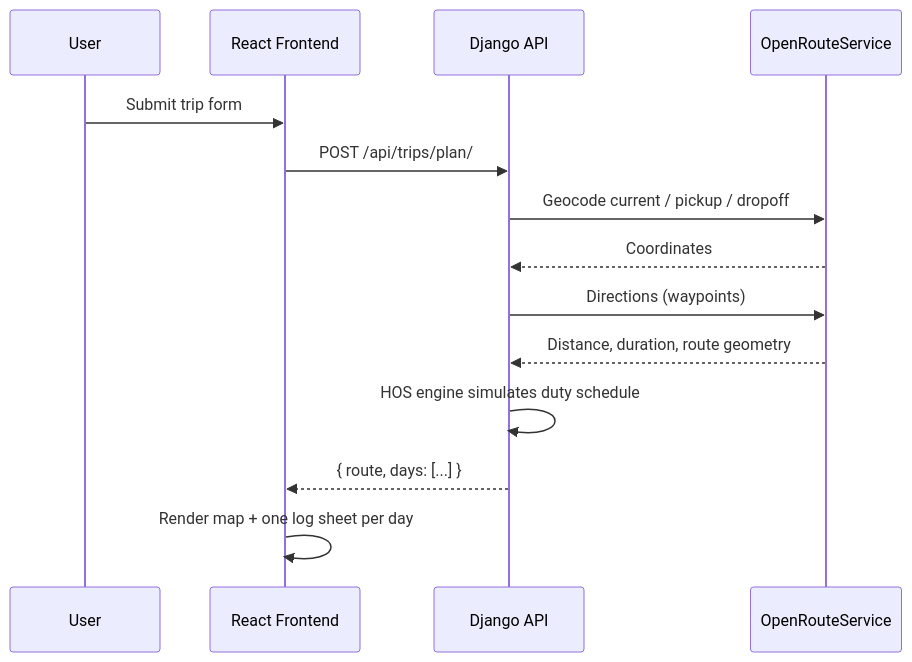
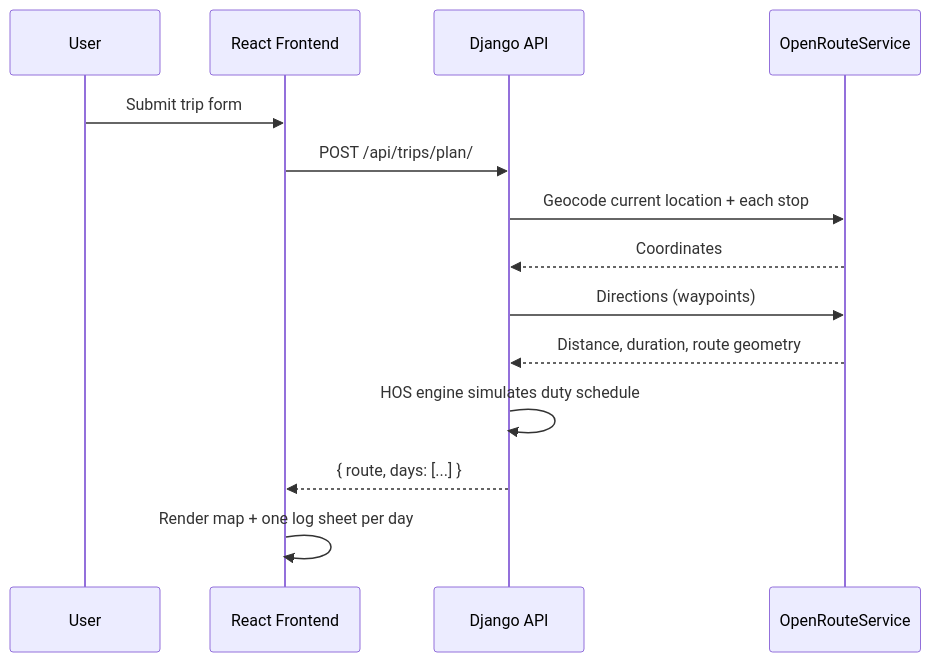
One commit to Souvik3469/Meridian changed the second of 2 diagrams in ARCHITECTURE.md. Above: the diagram before and after it, drawn with Mermaid. The commit also changed other lines of this file and 1 other file, not shown here.

First line of the commit message:
docs: reflect multi-stop routes as shipped

````diff
--- a/ARCHITECTURE.md
+++ b/ARCHITECTURE.md
@@ -53,17 +53,17 @@
 ```mermaid
 sequenceDiagram
   participant U as User
   participant F as React Frontend
   participant B as Django API
   participant O as OpenRouteService
 
   U->>F: Submit trip form
   F->>B: POST /api/trips/plan/
-  B->>O: Geocode current / pickup / dropoff
+  B->>O: Geocode current location + each stop
   O-->>B: Coordinates
   B->>O: Directions (waypoints)
   O-->>B: Distance, duration, route geometry
   B->>B: HOS engine simulates duty schedule
   B-->>F: { route, days: [...] }
   F->>F: Render map + one log sheet per day
 ```
````
